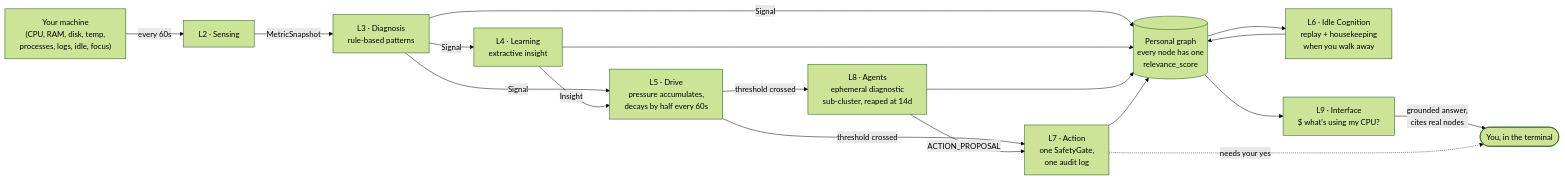
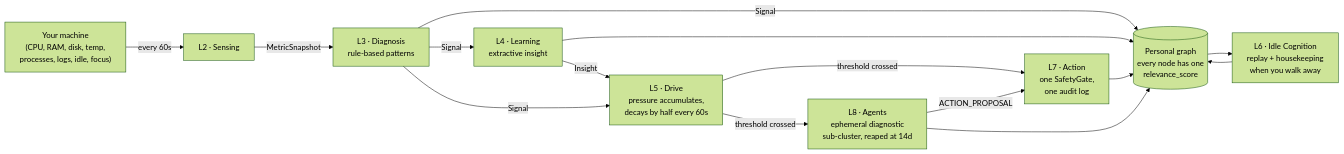
The first of 2 diagrams in README.md (bhanot-99/NeuroPACA), drawn with Mermaid (forest theme) before and after one commit. The commit also changed other lines of this file and 44 other files, not shown here.

````diff
--- a/README.md
+++ b/README.md
@@ -81,20 +81,17 @@
 ```mermaid
 flowchart LR
     OS["Your machine<br/>(CPU, RAM, disk, temp,<br/>processes, logs, idle, focus)"] -->|every 60s| SENSE[L2 · Sensing]
     SENSE -->|MetricSnapshot| DIAG[L3 · Diagnosis<br/>rule-based patterns]
     DIAG -->|Signal| GRAPH[(Personal graph<br/>every node has one<br/>relevance_score)]
     DIAG -->|Signal| LEARN[L4 · Learning<br/>extractive insight]
     LEARN --> GRAPH
     GRAPH --> IDLE[L6 · Idle Cognition<br/>replay + housekeeping<br/>when you walk away]
     IDLE --> GRAPH
     DIAG -->|Signal| DRIVE[L5 · Drive<br/>pressure accumulates,<br/>decays by half every 60s]
     LEARN -->|Insight| DRIVE
     DRIVE -->|threshold crossed| ACT[L7 · Action<br/>one SafetyGate,<br/>one audit log]
     DRIVE -->|threshold crossed| AGENT[L8 · Agents<br/>ephemeral diagnostic<br/>sub-cluster, reaped at 14d]
     AGENT -->|ACTION_PROPOSAL| ACT
     AGENT --> GRAPH
     ACT --> GRAPH
-    GRAPH --> ASK["L9 · Interface<br/>$ what's using my CPU?"]
-    ASK -->|grounded answer,<br/>cites real nodes| USER([You, in the terminal])
-    ACT -.->|needs your yes| USER
 ```
````
